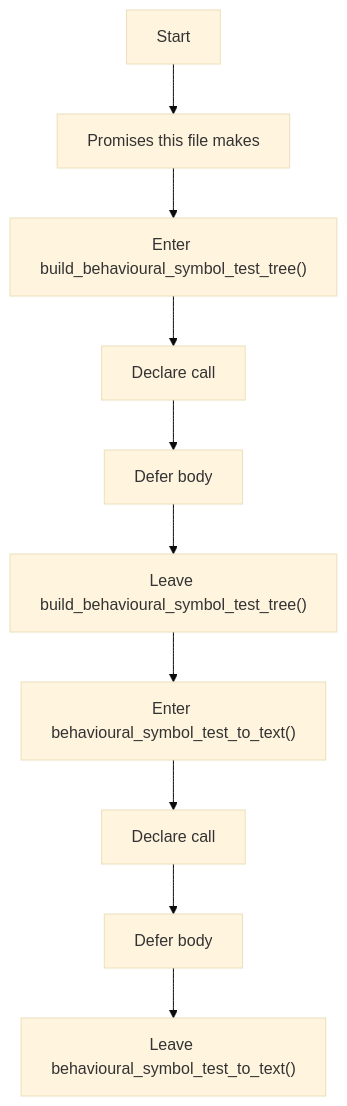
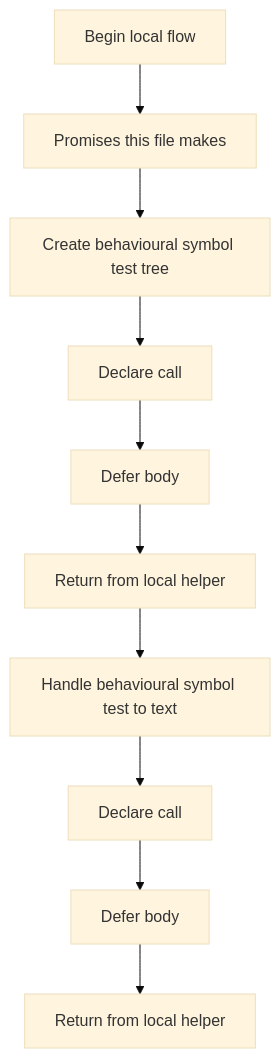
The first of 4 diagrams in docs/Codebase/Microservice/Modules/Header/SyntacticBrokenAST/Analysis/Patterns/Behavioural/SymbolTest/core.hpp.md (JohnAndrewBalbarosa/NeoTerritory), drawn with Mermaid (base theme) before and after one commit. The commit also changed other lines of this file and 915 other files, not shown here.

````diff
--- a/docs/Codebase/Microservice/Modules/Header/SyntacticBrokenAST/Analysis/Patterns/Behavioural/SymbolTest/core.hpp.md
+++ b/docs/Codebase/Microservice/Modules/Header/SyntacticBrokenAST/Analysis/Patterns/Behavioural/SymbolTest/core.hpp.md
@@ -30,22 +29,22 @@
 ```mermaid
 flowchart TD
-    N0["Start"]
+    N0["Begin local flow"]
     N1["Promises this file makes"]
-    N2["Enter build_behavioural_symbol_test_tree()"]
+    N2["Create behavioural symbol test tree"]
     N3["Declare call"]
     N4["Defer body"]
-    N5["Leave build_behavioural_symbol_test_tree()"]
-    N6["Enter behavioural_symbol_test_to_text()"]
+    N5["Return from local helper"]
+    N6["Handle behavioural symbol test to text"]
     N7["Declare call"]
     N8["Defer body"]
-    N9["Leave behavioural_symbol_test_to_text()"]
+    N9["Return from local helper"]
     N0 --> N1
     N1 --> N2
     N2 --> N3
     N3 --> N4
     N4 --> N5
     N5 --> N6
     N6 --> N7
     N7 --> N8
     N8 --> N9
 ```
````
